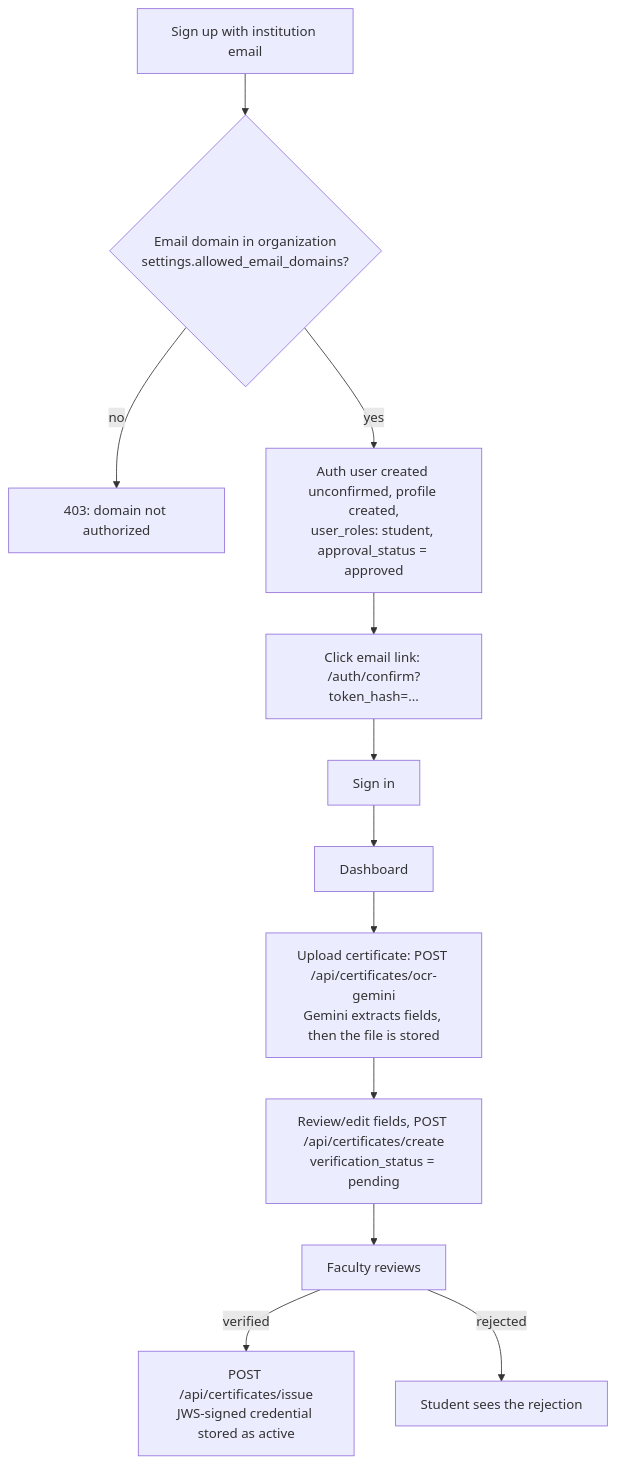
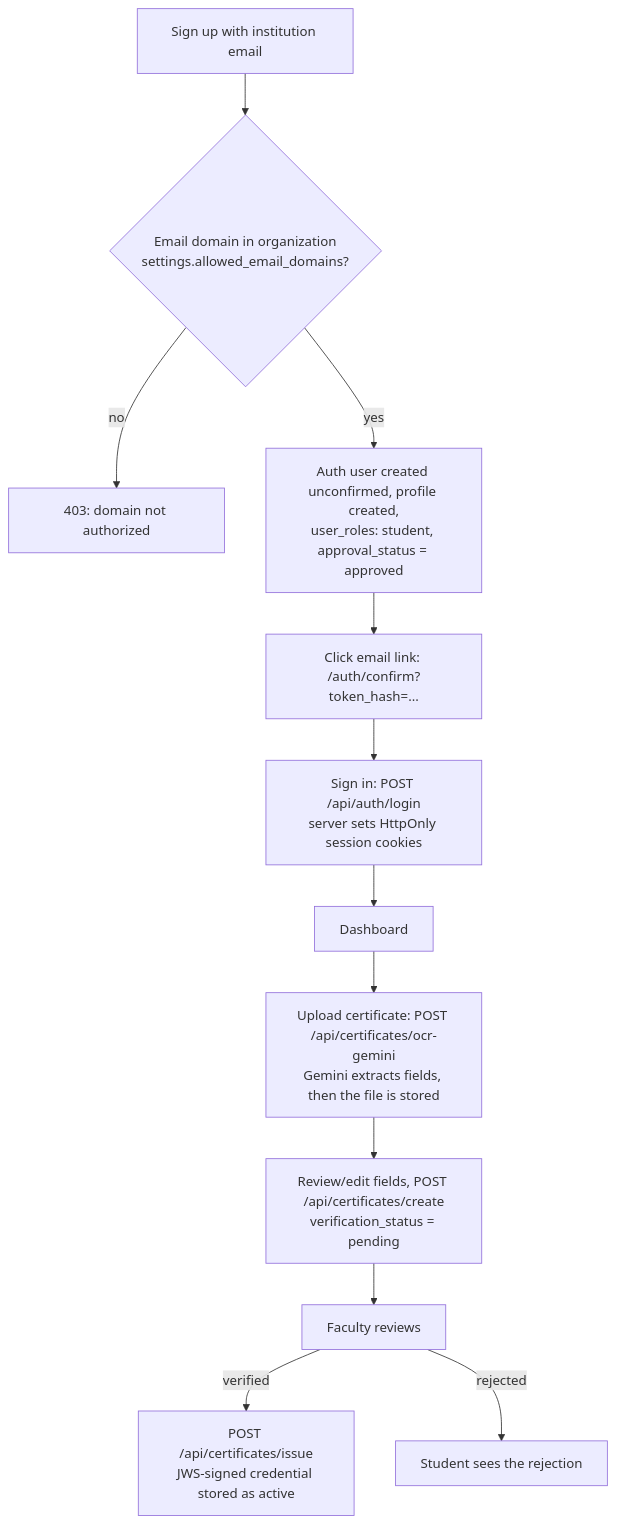
Before and after one commit to Ujjwaljain16/CampusSync: the diagram in my-app/docs/User-Workflow.md, drawn with Mermaid. The commit also changed other lines of this file and 10 other files, not shown here.

````diff
--- a/my-app/docs/User-Workflow.md
+++ b/my-app/docs/User-Workflow.md
@@ -7,14 +7,14 @@
 ```mermaid
 graph TD
     A[Sign up with institution email] --> B{Email domain in organization<br/>settings.allowed_email_domains?}
     B -->|no| X[403: domain not authorized]
     B -->|yes| C[Auth user created unconfirmed, profile created,<br/>user_roles: student, approval_status = approved]
     C --> D[Click email link: /auth/confirm?token_hash=...]
-    D --> E[Sign in]
+    D --> E[Sign in: POST /api/auth/login<br/>server sets HttpOnly session cookies]
     E --> F[Dashboard]
     F --> G[Upload certificate: POST /api/certificates/ocr-gemini<br/>Gemini extracts fields, then the file is stored]
     G --> H[Review/edit fields, POST /api/certificates/create<br/>verification_status = pending]
     H --> I[Faculty reviews]
     I -->|verified| J[POST /api/certificates/issue<br/>JWS-signed credential stored as active]
     I -->|rejected| K[Student sees the rejection]
 ```
````
